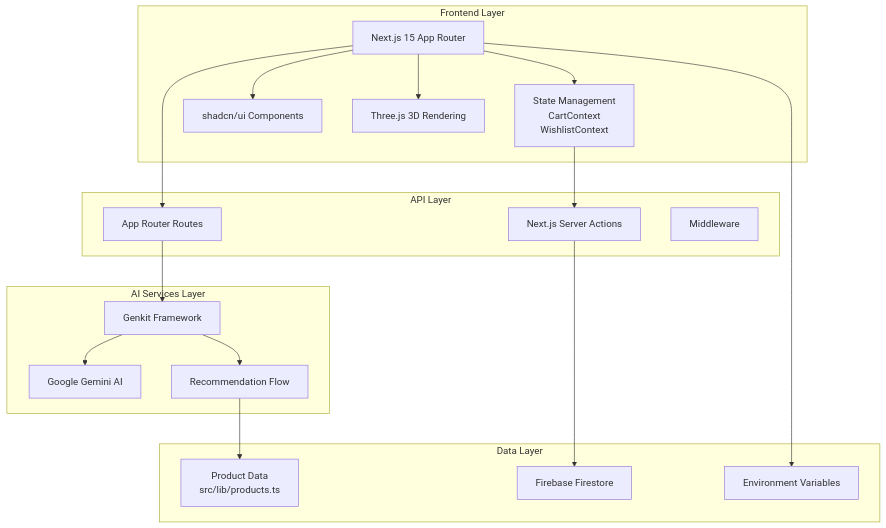
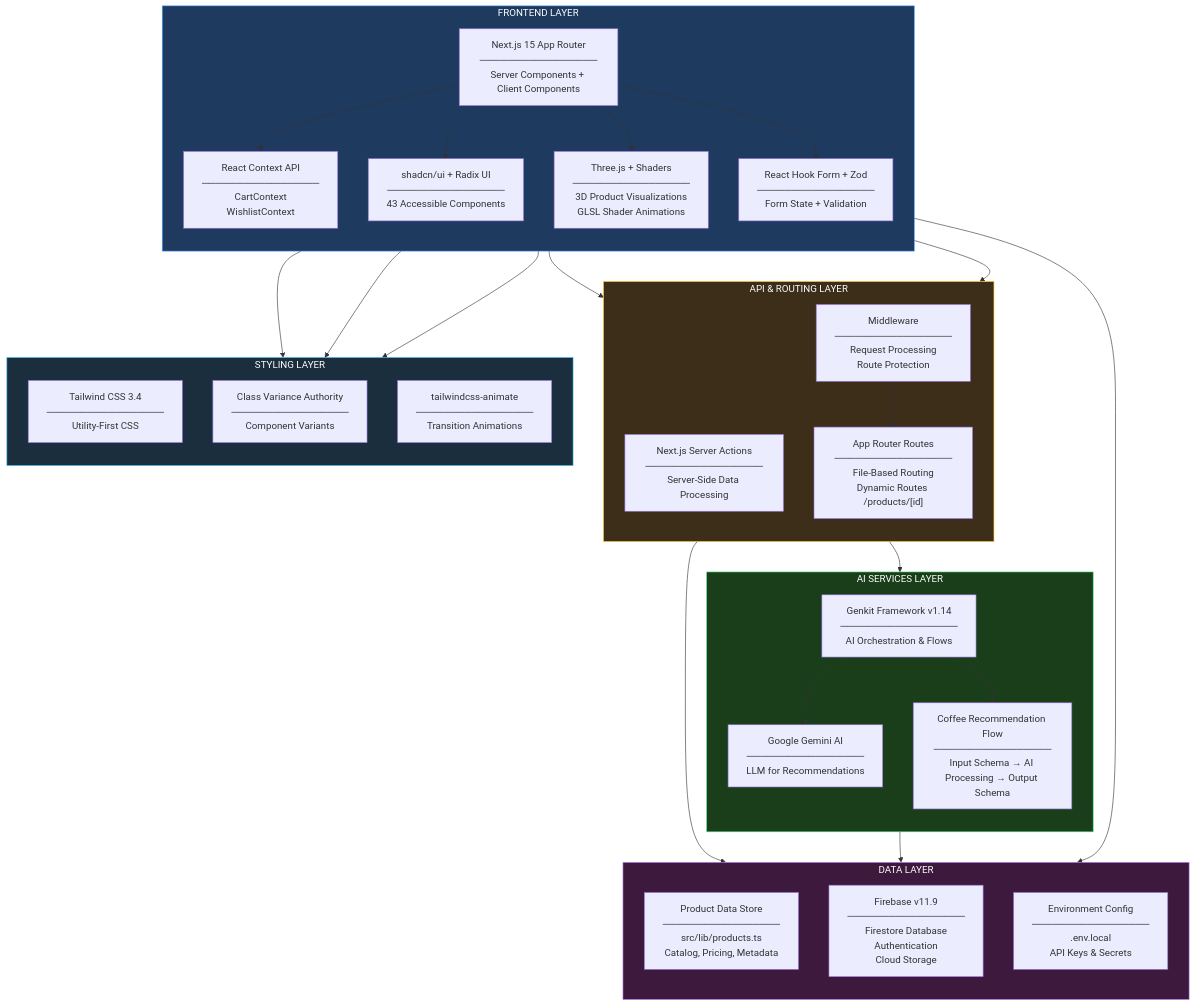
One commit to girishlade111/Artisan-Lane changed the diagram in README.md. Above: the diagram before and after it, drawn with Mermaid. The commit also changed other lines of this file, not shown here.

Commit message:
docs: update README with comprehensive project documentation, architecture diagrams, and tech stack details

````diff
--- a/README.md
+++ b/README.md
@@ -9,39 +101,62 @@
 ```mermaid
 flowchart TB
-    subgraph Client["Frontend Layer"]
-        UI[Next.js 15 App Router]
-        ST[State Management<br/>CartContext<br/>WishlistContext]
-        UI_COMP[shadcn/ui Components]
-        THREE[Three.js 3D Rendering]
+    subgraph CLIENT["FRONTEND LAYER"]
+        direction TB
+        APP["Next.js 15 App Router<br/>─────────────────<br/>Server Components + Client Components"]
+        CTX["React Context API<br/>─────────────────<br/>CartContext<br/>WishlistContext"]
+        UI["shadcn/ui + Radix UI<br/>─────────────────<br/>43 Accessible Components"]
+        THREE["Three.js + Shaders<br/>─────────────────<br/>3D Product Visualizations<br/>GLSL Shader Animations"]
+        FORM["React Hook Form + Zod<br/>─────────────────<br/>Form State + Validation"]
     end
 
-    subgraph AI["AI Services Layer"]
-        GK[Genkit Framework]
-        GEMINI[Google Gemini AI]
-        FLOW[Recommendation Flow]
+    subgraph AI["AI SERVICES LAYER"]
+        direction TB
+        GENKIT["Genkit Framework v1.14<br/>─────────────────<br/>AI Orchestration & Flows"]
+        GEMINI["Google Gemini AI<br/>─────────────────<br/>LLM for Recommendations"]
+        FLOW["Coffee Recommendation Flow<br/>─────────────────<br/>Input Schema → AI Processing → Output Schema"]
     end
 
-    subgraph Data["Data Layer"]
-        PROD[Product Data<br/>src/lib/products.ts]
-        FIRE[Firebase Firestore]
-        ENV[Environment Variables]
+    subgraph DATA["DATA LAYER"]
+        direction TB
+        PRODUCTS["Product Data Store<br/>─────────────────<br/>src/lib/products.ts<br/>Catalog, Pricing, Metadata"]
+        FIREBASE["Firebase v11.9<br/>─────────────────<br/>Firestore Database<br/>Authentication<br/>Cloud Storage"]
+        ENV["Environment Config<br/>─────────────────<br/>.env.local<br/>API Keys & Secrets"]
     end
 
-    subgraph API["API Layer"]
-        SERVER[Next.js Server Actions]
-        ROUTES[App Router Routes]
-        MIDDLE[Middleware]
+    subgraph API["API & ROUTING LAYER"]
+        direction TB
+        SERVER["Next.js Server Actions<br/>─────────────────<br/>Server-Side Data Processing"]
+        ROUTES["App Router Routes<br/>─────────────────<br/>File-Based Routing<br/>Dynamic Routes /products/[id]"]
+        MIDDLE["Middleware<br/>─────────────────<br/>Request Processing<br/>Route Protection"]
     end
 
-    UI --> ST
-    UI --> UI_COMP
-    UI --> THREE
-    ST --> SERVER
-    UI --> ROUTES
-    ROUTES --> GK
-    GK --> GEMINI
-    GK --> FLOW
-    FLOW --> PROD
-    SERVER --> FIRE
-    UI --> ENV
+    subgraph STYLING["STYLING LAYER"]
+        direction TB
+        TAILWIND["Tailwind CSS 3.4<br/>─────────────────<br/>Utility-First CSS"]
+        CVA["Class Variance Authority<br/>─────────────────<br/>Component Variants"]
+        ANIMATE["tailwindcss-animate<br/>─────────────────<br/>Transition Animations"]
+    end
+
+    APP --> CTX
+    APP --> UI
+    APP --> THREE
+    APP --> FORM
+    CTX --> SERVER
+    APP --> ROUTES
+    ROUTES --> GENKIT
+    GENKIT --> GEMINI
+    GENKIT --> FLOW
+    FLOW --> PRODUCTS
+    SERVER --> FIREBASE
+    APP --> ENV
+    UI --> TAILWIND
+    UI --> CVA
+    UI --> ANIMATE
+    MIDDLE --> ROUTES
+
+    style CLIENT fill:#1e3a5f,stroke:#4a9eff,color:#ffffff
+    style AI fill:#1a3d1a,stroke:#4ade80,color:#ffffff
+    style DATA fill:#3d1a3d,stroke:#c084fc,color:#ffffff
+    style API fill:#3d2e1a,stroke:#fbbf24,color:#ffffff
+    style STYLING fill:#1a2e3d,stroke:#38bdf8,color:#ffffff
 ```
````
